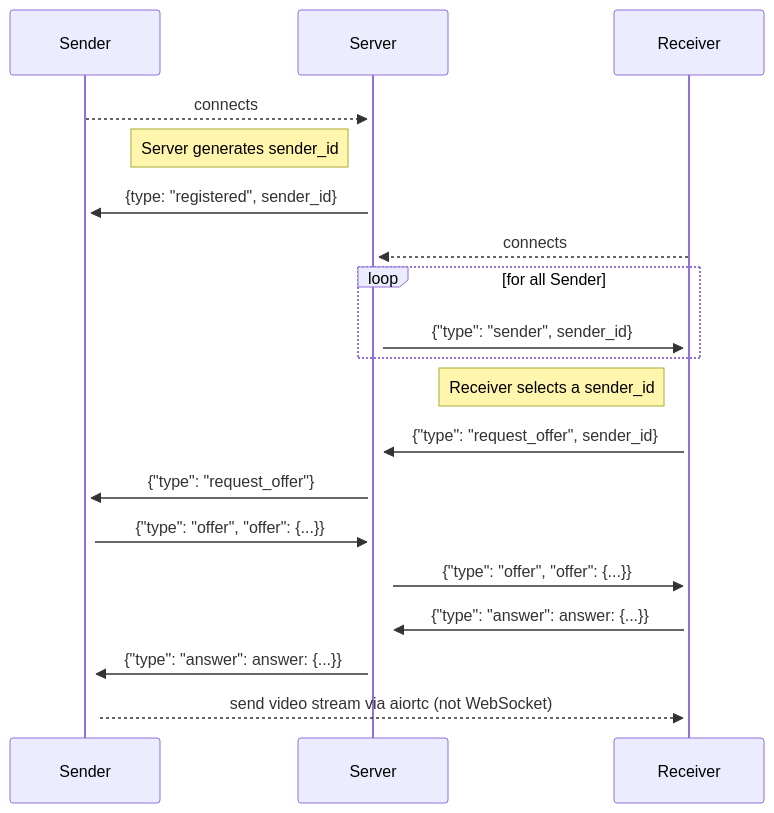
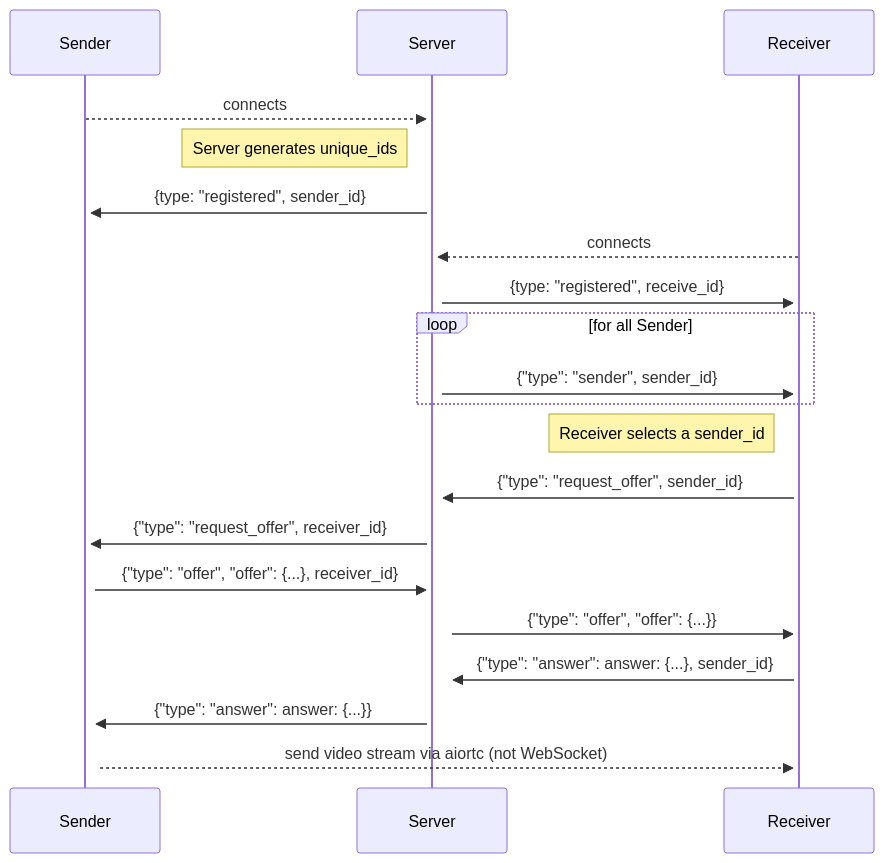
The diagram in README.md (brean/webrtc_signaling_demo), drawn with Mermaid before and after one commit. The commit also changed 3 other files, not shown here.

`````diff
--- a/README.md
+++ b/README.md
@@ -5,18 +5,19 @@
 ```mermaid
 sequenceDiagram
     Sender-->>+Server: connects
-    Note left of Server: Server generates sender_id
+    Note left of Server: Server generates unique_ids
     Server->>+Sender: {type: "registered", sender_id}
     Receiver-->>+Server: connects
+    Server->>+Receiver: {type: "registered", receive_id}
     loop for all Sender
         Server->>+Receiver: {"type": "sender", sender_id}
     end
     Note left of Receiver: Receiver selects a sender_id
     Receiver->>+Server: {"type": "request_offer", sender_id}
-    Server->>+Sender: {"type": "request_offer"}
-    Sender->>+Server: {"type": "offer", "offer": {...}}
+    Server->>+Sender: {"type": "request_offer", receiver_id}
+    Sender->>+Server: {"type": "offer", "offer": {...}, receiver_id}
     Server->>+Receiver: {"type": "offer", "offer": {...}}
-    Receiver->>+Server: {"type": "answer": answer: {...}}
+    Receiver->>+Server: {"type": "answer": answer: {...}, sender_id}
     Server->>+Sender: {"type": "answer": answer: {...}}
     Sender-->>+Receiver: send video stream via aiortc (not WebSocket)
 ````
`````
